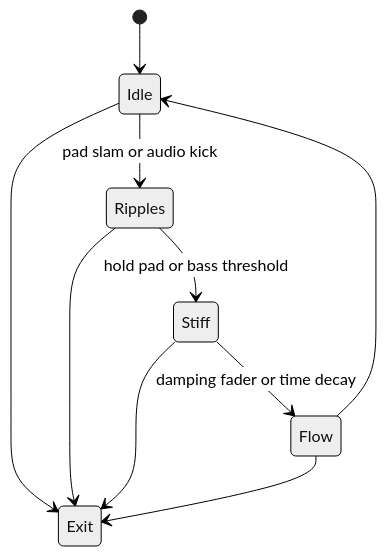
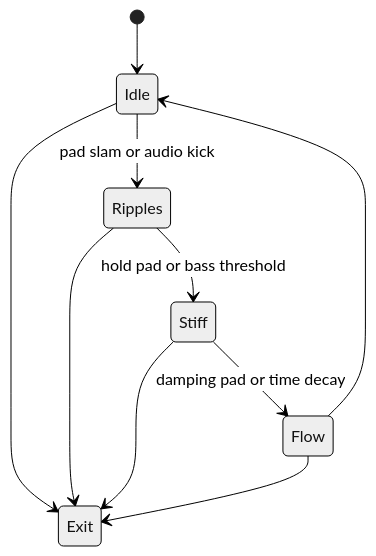
The sixth of 15 diagrams in docs/processing-syphon-idea-board.md (abossard/synesthesia-visuals), drawn with Mermaid (neutral theme) before and after one commit. The commit also changed other lines of this file and 1 other file, not shown here.

````diff
--- a/docs/processing-syphon-idea-board.md
+++ b/docs/processing-syphon-idea-board.md
@@ -199,12 +203,12 @@
   ```mermaid
   stateDiagram-v2
     [*] --> Idle
     Idle --> Ripples : pad slam or audio kick
     Ripples --> Stiff : hold pad or bass threshold
-    Stiff --> Flow : damping fader or time decay
+    Stiff --> Flow : damping pad or time decay
     Flow --> Idle
     Idle --> Exit
     Ripples --> Exit
     Stiff --> Exit
     Flow --> Exit
   ```
````
